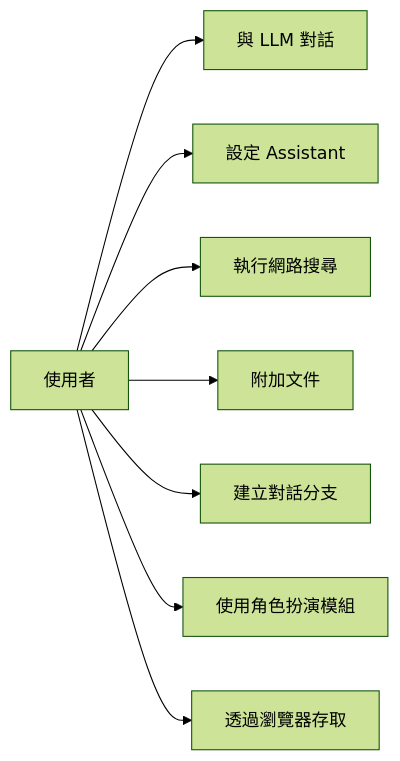
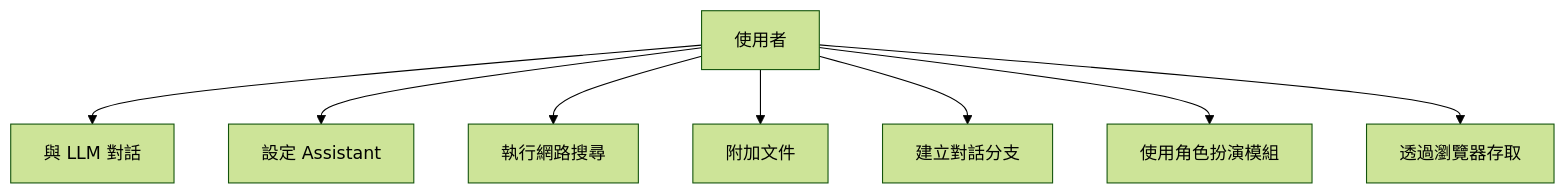
One commit to EterUltimate/EterUee changed the first of 7 diagrams in README_ZH_TW.md. Above: the diagram before and after it, drawn with Mermaid (forest theme). The commit also changed other lines of this file and 2 other files, not shown here.

Commit message:
docs: make README diagrams GitHub-safe

````diff
--- a/README_ZH_TW.md
+++ b/README_ZH_TW.md
@@ -66,19 +66,19 @@
 ```mermaid
-flowchart LR
-    User["使用者"]
-    Chat["與 LLM 對話"]
-    Configure["設定 Assistant"]
-    Search["執行網路搜尋"]
-    Parse["附加文件"]
-    Branch["建立對話分支"]
-    Roleplay["使用角色扮演模組"]
-    WebAccess["透過瀏覽器存取"]
+graph TD
+    User[使用者]
+    Chat[與 LLM 對話]
+    Configure[設定 Assistant]
+    Search[執行網路搜尋]
+    Parse[附加文件]
+    Branch[建立對話分支]
+    Roleplay[使用角色扮演模組]
+    WebAccess[透過瀏覽器存取]
 
     User --> Chat
     User --> Configure
     User --> Search
     User --> Parse
     User --> Branch
     User --> Roleplay
     User --> WebAccess
 ```
````
